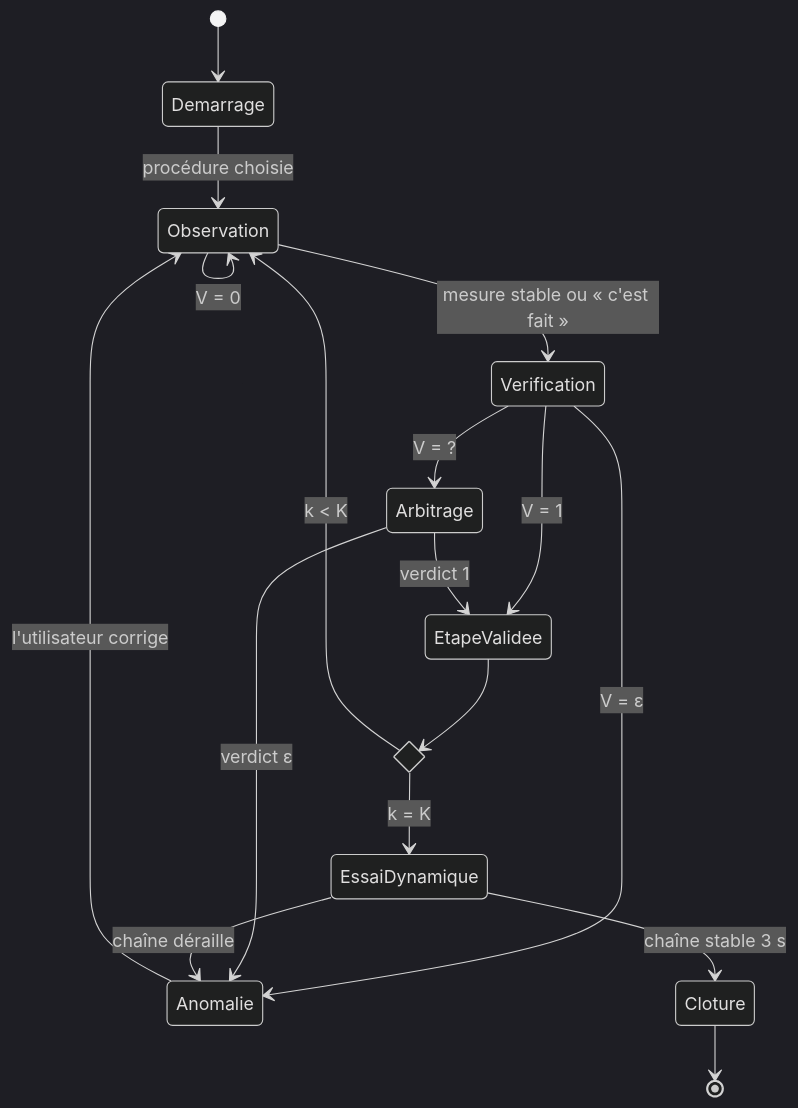
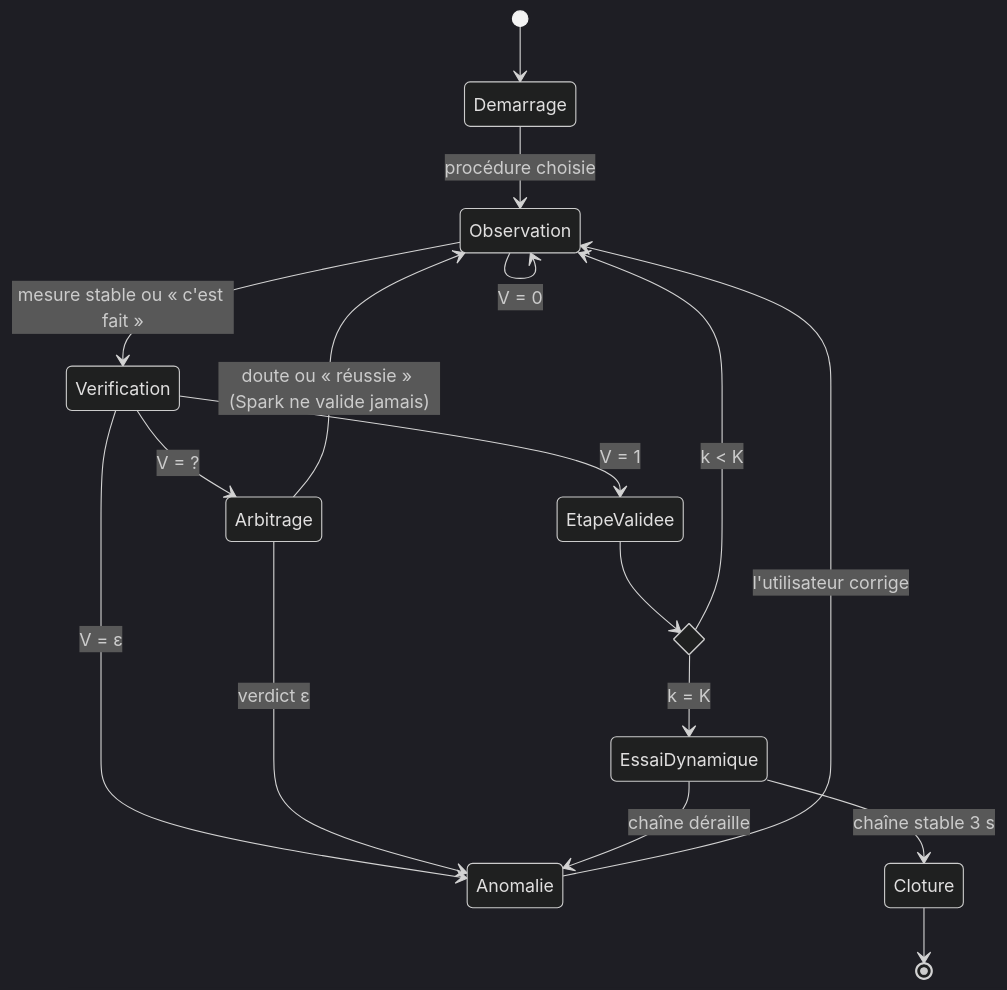
One commit to Steph125/FixLoop changed the diagram in spec/state_machine.md. Above: the diagram before and after it, drawn with Mermaid (dark theme). The commit also changed other lines of this file and 33 other files, not shown here.

````diff
--- a/spec/state_machine.md
+++ b/spec/state_machine.md
@@ -40,21 +40,21 @@
 ```mermaid
 stateDiagram-v2
     [*] --> Demarrage
     Demarrage --> Observation: procédure choisie
     Observation --> Observation: V = 0
     Observation --> Verification: mesure stable ou « c'est fait »
     state Verification <<choice>>
     Verification --> EtapeValidee: V = 1
     Verification --> Arbitrage: V = ?
     Verification --> Anomalie: V = ε
-    Arbitrage --> EtapeValidee: verdict 1
+    Arbitrage --> Observation: doute ou « réussie » (Spark ne valide jamais)
     Arbitrage --> Anomalie: verdict ε
     Anomalie --> Observation: l'utilisateur corrige
     state DerniereEtape <<choice>>
     EtapeValidee --> DerniereEtape
     DerniereEtape --> Observation: k < K
     DerniereEtape --> EssaiDynamique: k = K
     EssaiDynamique --> Cloture: chaîne stable 3 s
     EssaiDynamique --> Anomalie: chaîne déraille
     Cloture --> [*]
 ```
````
